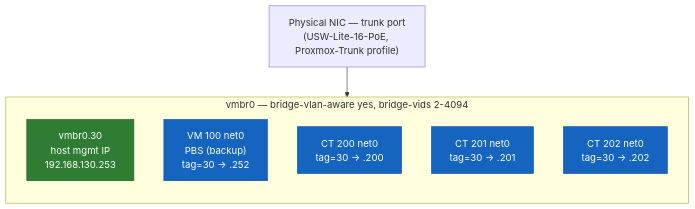
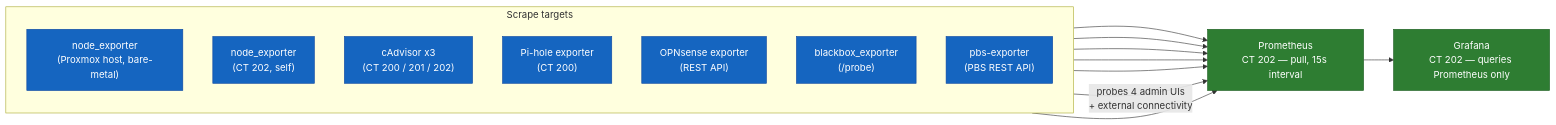
Before and after one commit to francoameri/home-lab: the diagram in v2/monitoring.md, drawn with Mermaid. The commit also changed other lines of this file, not shown here.

````diff
--- a/v2/monitoring.md
+++ b/v2/monitoring.md
@@ -55,18 +26,30 @@
 ```mermaid
-flowchart TB
-    TRUNK["Physical NIC — trunk port\n(USW-Lite-16-PoE, Proxmox-Trunk profile)"] --> BR
-
-    subgraph BR["vmbr0 — bridge-vlan-aware yes, bridge-vids 2-4094"]
+flowchart LR
+    subgraph TARGETS["Scrape targets"]
         direction TB
-        HOSTIF["vmbr0.30\nhost mgmt IP\n192.168.130.253"]
-        VM100["VM 100 net0\nPBS (backup)\ntag=30 -> .252"]
-        CT200["CT 200 net0\ntag=30 -> .200"]
-        CT201["CT 201 net0\ntag=30 -> .201"]
-        CT202["CT 202 net0\ntag=30 -> .202"]
+        NE1["node_exporter\n(Proxmox host, bare-metal)"]
+        NE2["node_exporter\n(CT 202, self)"]
+        CA["cAdvisor x3\n(CT 200 / 201 / 202)"]
+        PH["Pi-hole exporter\n(CT 200)"]
+        OP["OPNsense exporter\n(REST API)"]
+        BB["blackbox_exporter\n(/probe)"]
+        PBSE["pbs-exporter\n(PBS REST API)"]
     end
 
-    classDef host fill:#2e7d32,stroke:#1b5e20,color:#fff
-    classDef guest fill:#1565c0,stroke:#0d47a1,color:#fff
-    class HOSTIF host
-    class VM100,CT200,CT201,CT202 guest
+    PROM["Prometheus\nCT 202 — pull, 15s interval"]
+    GRAF["Grafana\nCT 202 — queries Prometheus only"]
+
+    NE1 --> PROM
+    NE2 --> PROM
+    CA --> PROM
+    PH --> PROM
+    OP --> PROM
+    BB -->|"probes 4 admin UIs\n+ external connectivity"| PROM
+    PBSE --> PROM
+    PROM --> GRAF
+
+    classDef target fill:#1565c0,stroke:#0d47a1,color:#fff
+    classDef core fill:#2e7d32,stroke:#1b5e20,color:#fff
+    class NE1,NE2,CA,PH,OP,BB,PBSE target
+    class PROM,GRAF core
 ```
````
